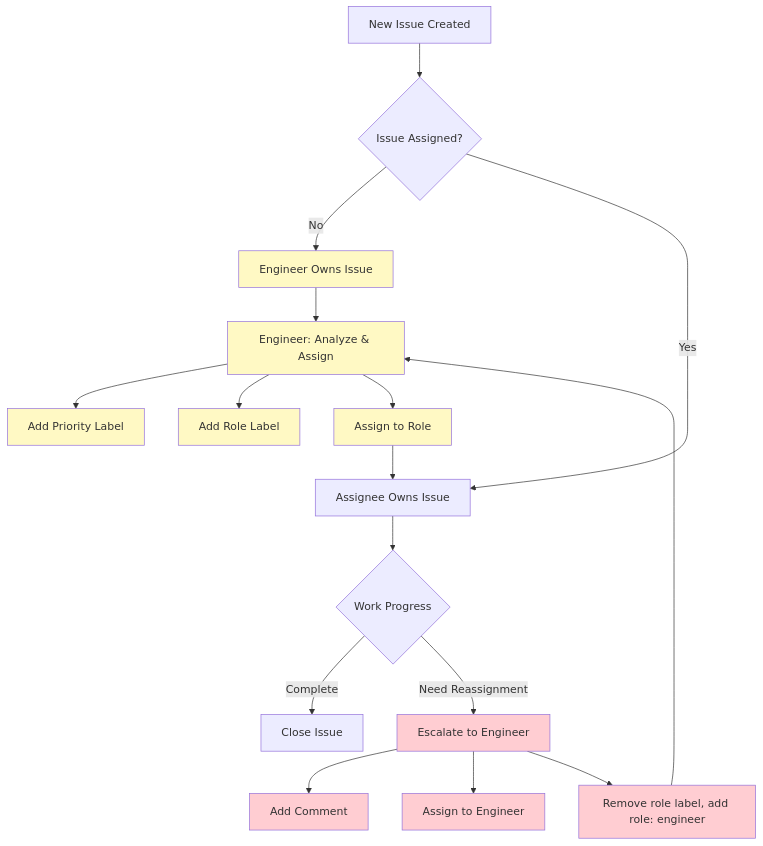
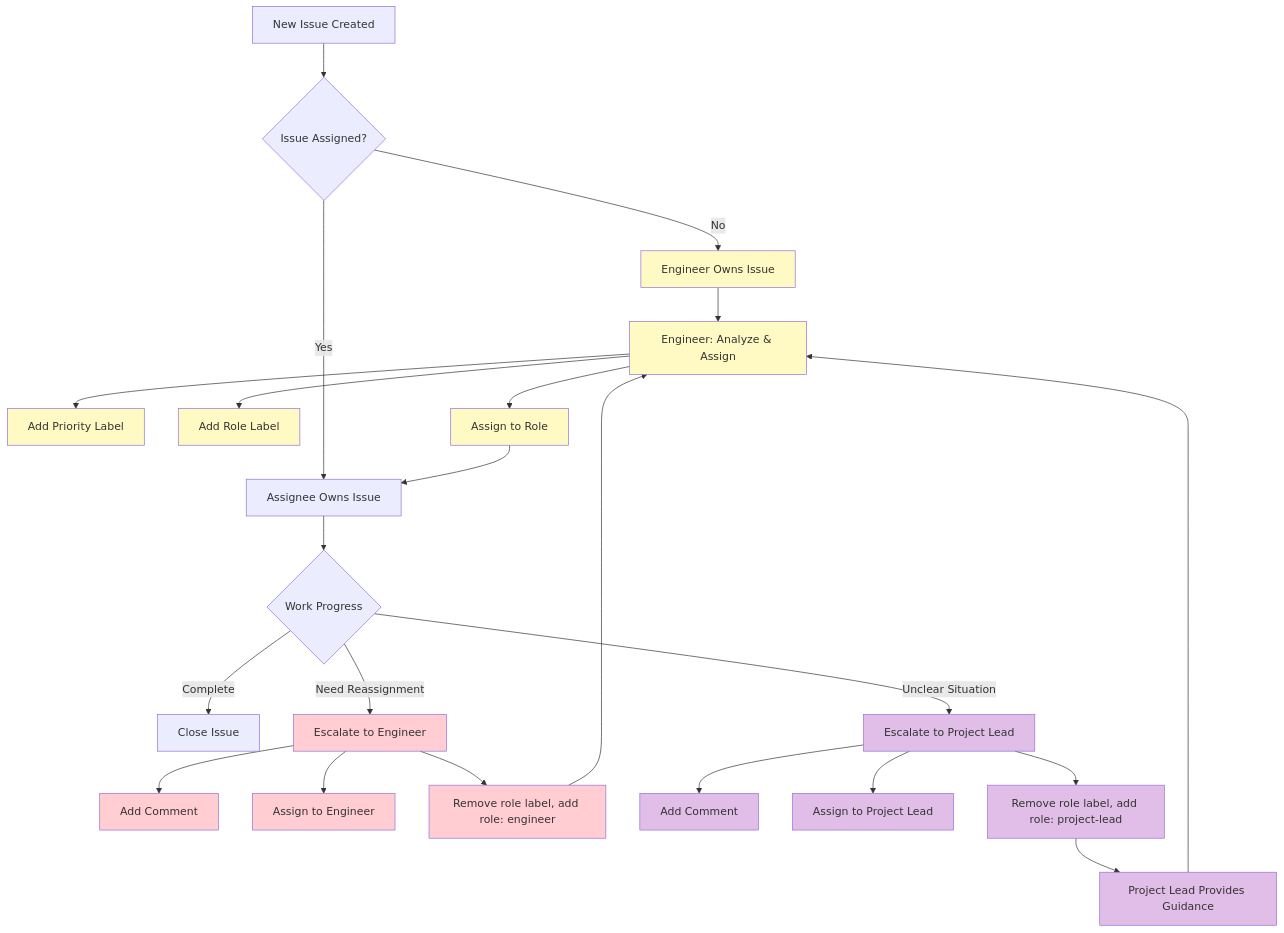
Before and after one commit to kpbarrett/obsidian-tasks-skedpal-plugin: the diagram in docs/github-workflow.md, drawn with Mermaid. The commit also changed other lines of this file and 2 other files, not shown here.

First line of the commit message:
Add Project Lead escalation as backstop for unclear situations

````diff
--- a/docs/github-workflow.md
+++ b/docs/github-workflow.md
@@ -101,31 +125,43 @@
 ```mermaid
 graph TD
     A[New Issue Created] --> B{Issue Assigned?}
     B -->|No| C[Engineer Owns Issue]
     B -->|Yes| D[Assignee Owns Issue]
     
     C --> E[Engineer: Analyze & Assign]
     E --> F[Add Priority Label]
     E --> G[Add Role Label]
     E --> H[Assign to Role]
     H --> D
     
     D --> I{Work Progress}
     I -->|Complete| J[Close Issue]
     I -->|Need Reassignment| K[Escalate to Engineer]
+    I -->|Unclear Situation| L[Escalate to Project Lead]
     
-    K --> L[Add Comment]
-    K --> M[Assign to Engineer]
-    K --> N[Remove role label, add role: engineer]
-    N --> E
+    K --> M[Add Comment]
+    K --> N[Assign to Engineer]
+    K --> O[Remove role label, add role: engineer]
+    O --> E
+    
+    L --> P[Add Comment]
+    L --> Q[Assign to Project Lead]
+    L --> R[Remove role label, add role: project-lead]
+    R --> S[Project Lead Provides Guidance]
+    S --> E
     
     style C fill:#fff9c4
     style E fill:#fff9c4
     style F fill:#fff9c4
     style G fill:#fff9c4
     style H fill:#fff9c4
     style K fill:#ffcdd2
-    style L fill:#ffcdd2
     style M fill:#ffcdd2
     style N fill:#ffcdd2
+    style O fill:#ffcdd2
+    style L fill:#e1bee7
+    style P fill:#e1bee7
+    style Q fill:#e1bee7
+    style R fill:#e1bee7
+    style S fill:#e1bee7
 ```
````
